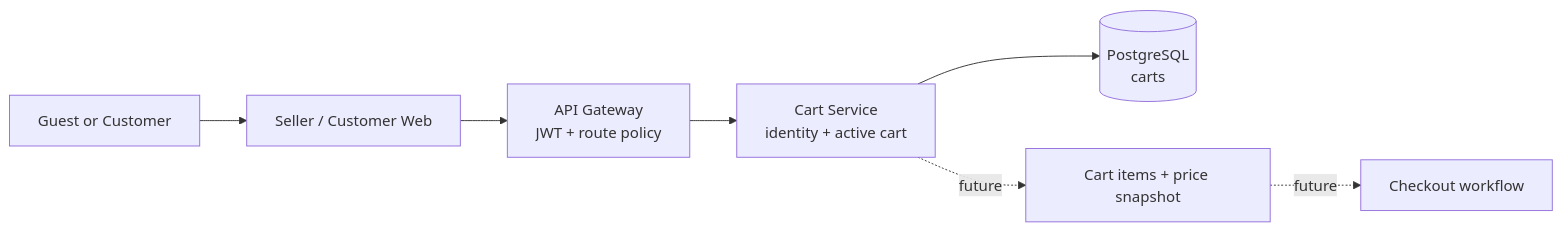
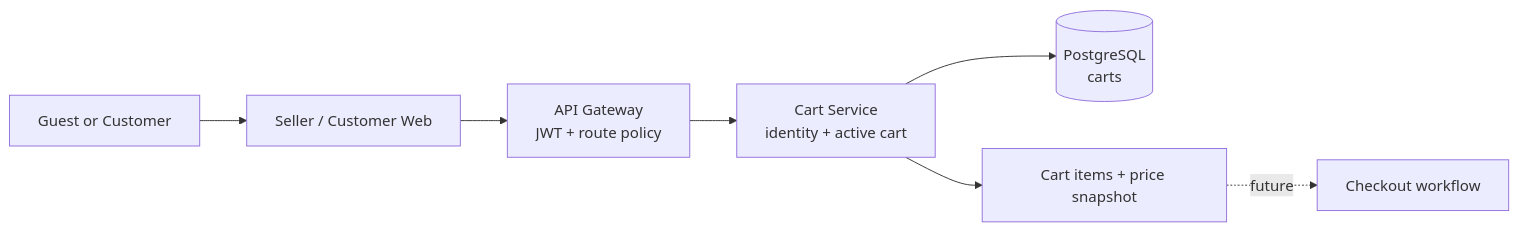
One commit to Bin-E-Commerce/Bin-E-Commerce-Cart-Service changed the diagram in README.md. Above: the diagram before and after it, drawn with Mermaid. The commit also changed other lines of this file and 25 other files, not shown here.

````diff
--- a/README.md
+++ b/README.md
@@ -105,9 +117,9 @@
 ```mermaid
 flowchart LR
     Shopper[Guest or Customer] --> Web[Seller / Customer Web]
     Web --> Gateway[API Gateway\nJWT + route policy]
     Gateway --> Cart[Cart Service\nidentity + active cart]
     Cart --> DB[(PostgreSQL\ncarts)]
-    Cart -. future .-> Items[Cart items + price snapshot]
+    Cart --> Items[Cart items + price snapshot]
     Items -. future .-> Checkout[Checkout workflow]
 ```
````
